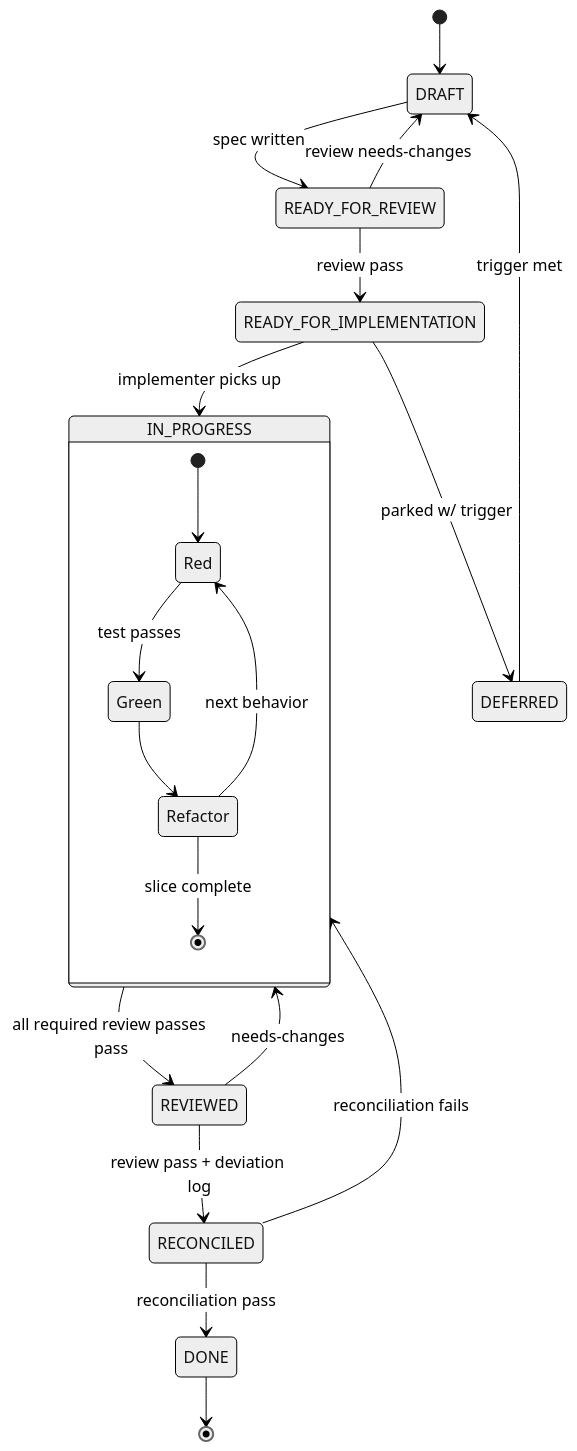
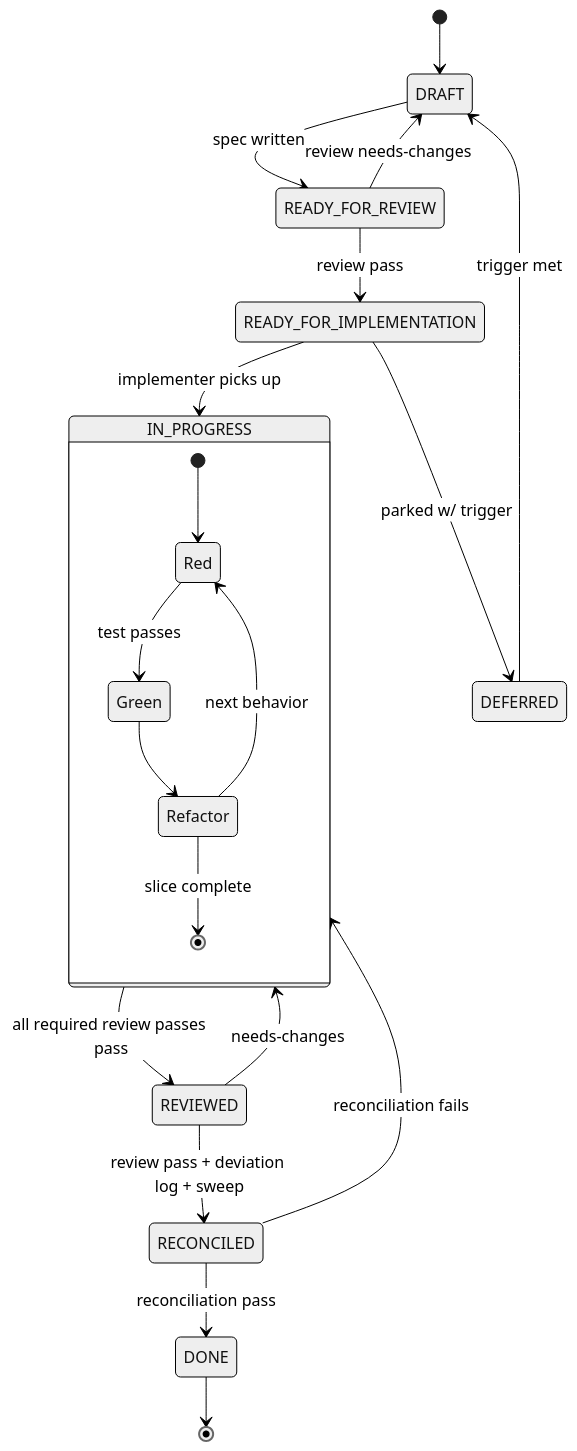
The diagram in docs/workflow.md (ramboz/jig), drawn with Mermaid (neutral theme) before and after one commit. The commit also changed other lines of this file and 11 other files, not shown here.

````diff
--- a/docs/workflow.md
+++ b/docs/workflow.md
@@ -16,25 +16,25 @@
 ```mermaid
 stateDiagram-v2
     [*] --> DRAFT
     DRAFT --> READY_FOR_REVIEW: spec written
     READY_FOR_REVIEW --> DRAFT: review needs-changes
     READY_FOR_REVIEW --> READY_FOR_IMPLEMENTATION: review pass
     READY_FOR_IMPLEMENTATION --> IN_PROGRESS: implementer picks up
     READY_FOR_IMPLEMENTATION --> DEFERRED: parked w/ trigger
 
     state IN_PROGRESS {
         [*] --> Red
         Red --> Green: test passes
         Green --> Refactor
         Refactor --> Red: next behavior
         Refactor --> [*]: slice complete
     }
 
     IN_PROGRESS --> REVIEWED: all required review passes pass
     REVIEWED --> IN_PROGRESS: needs-changes
-    REVIEWED --> RECONCILED: review pass + deviation log
+    REVIEWED --> RECONCILED: review pass + deviation log + sweep
     RECONCILED --> IN_PROGRESS: reconciliation fails
     RECONCILED --> DONE: reconciliation pass
     DEFERRED --> DRAFT: trigger met
     DONE --> [*]
 ```
````
